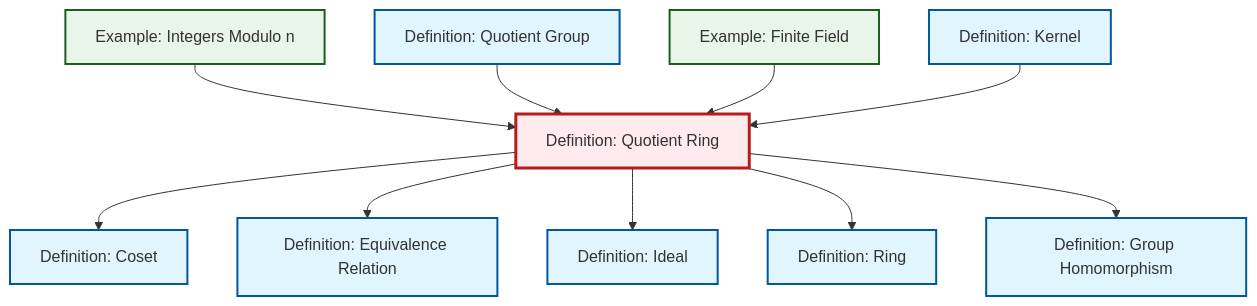
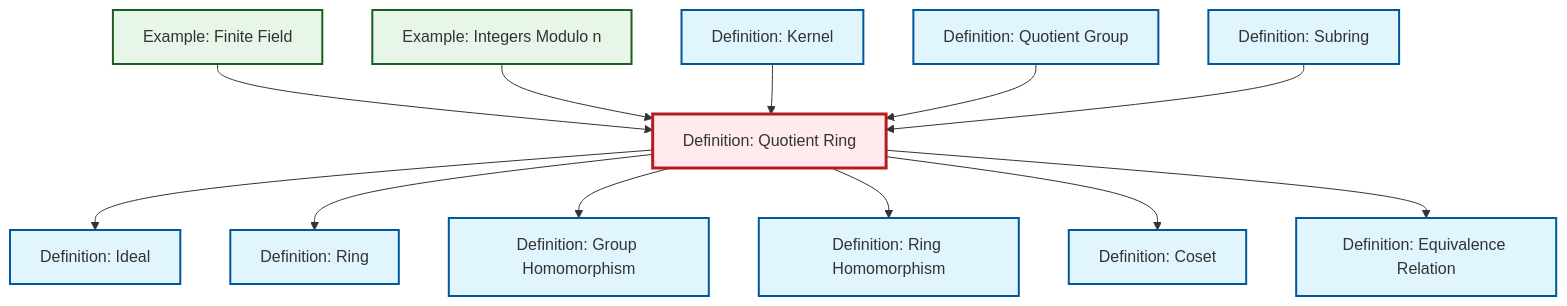
The diagram in content/en/algebra/def-quotient-ring.qmd (RK0429/ModernMath), drawn with Mermaid before and after one commit. The commit also changed other lines of this file and 619 other files, not shown here.

````diff
--- a/content/en/algebra/def-quotient-ring.qmd
+++ b/content/en/algebra/def-quotient-ring.qmd
@@ -94,38 +95,44 @@
 ```{mermaid}
 %%| fig-cap: "Local dependency graph"
 graph TD
     classDef definition fill:#e1f5fe,stroke:#01579b,stroke-width:2px
     classDef theorem fill:#f3e5f5,stroke:#4a148c,stroke-width:2px
     classDef axiom fill:#fff3e0,stroke:#e65100,stroke-width:2px
     classDef example fill:#e8f5e9,stroke:#1b5e20,stroke-width:2px
     classDef current fill:#ffebee,stroke:#b71c1c,stroke-width:3px
     ex-finite-field["Example: Finite Field"]:::example
+    def-ring-homomorphism["Definition: Ring Homomorphism"]:::definition
+    def-kernel["Definition: Kernel"]:::definition
+    def-ideal["Definition: Ideal"]:::definition
+    def-quotient-group["Definition: Quotient Group"]:::definition
+    def-equivalence-relation["Definition: Equivalence Relation"]:::definition
+    def-coset["Definition: Coset"]:::definition
+    def-subring["Definition: Subring"]:::definition
     ex-quotient-integers-mod-n["Example: Integers Modulo n"]:::example
-    def-ideal["Definition: Ideal"]:::definition
+    def-quotient-ring["Definition: Quotient Ring"]:::definition
     def-homomorphism["Definition: Group Homomorphism"]:::definition
-    def-equivalence-relation["Definition: Equivalence Relation"]:::definition
-    def-quotient-ring["Definition: Quotient Ring"]:::definition
-    def-coset["Definition: Coset"]:::definition
     def-ring["Definition: Ring"]:::definition
-    def-kernel["Definition: Kernel"]:::definition
-    def-quotient-group["Definition: Quotient Group"]:::definition
-    ex-quotient-integers-mod-n --> def-quotient-ring
-    def-quotient-ring --> def-coset
-    def-quotient-group --> def-quotient-ring
-    def-quotient-ring --> def-equivalence-relation
     def-quotient-ring --> def-ideal
     ex-finite-field --> def-quotient-ring
+    def-quotient-ring --> def-ring
+    ex-quotient-integers-mod-n --> def-quotient-ring
+    def-quotient-ring --> def-homomorphism
     def-kernel --> def-quotient-ring
-    def-quotient-ring --> def-ring
-    def-quotient-ring --> def-homomorphism
+    def-quotient-group --> def-quotient-ring
+    def-quotient-ring --> def-ring-homomorphism
+    def-subring --> def-quotient-ring
+    def-quotient-ring --> def-coset
+    def-quotient-ring --> def-equivalence-relation
     class def-quotient-ring current
     click ex-finite-field "ex-finite-field.html" "Go to Finite Field example"
-    click ex-quotient-integers-mod-n "ex-quotient-integers-mod-n.html" "Go to Integers Modulo n example"
+    click def-ring-homomorphism "def-ring-homomorphism.html" "Go to Ring Homomorphism definition"
+    click def-kernel "def-kernel.html" "Go to Kernel definition"
     click def-ideal "def-ideal.html" "Go to Ideal definition"
-    click def-homomorphism "def-homomorphism.html" "Go to Group Homomorphism definition"
+    click def-quotient-group "def-quotient-group.html" "Go to Quotient Group definition"
     click def-equivalence-relation "def-equivalence-relation.html" "Go to Equivalence Relation definition"
     click def-coset "def-coset.html" "Go to Coset definition"
+    click def-subring "def-subring.html" "Go to Subring definition"
+    click ex-quotient-integers-mod-n "ex-quotient-integers-mod-n.html" "Go to Integers Modulo n example"
+    click def-homomorphism "def-homomorphism.html" "Go to Group Homomorphism definition"
     click def-ring "def-ring.html" "Go to Ring definition"
-    click def-kernel "def-kernel.html" "Go to Kernel definition"
-    click def-quotient-group "def-quotient-group.html" "Go to Quotient Group definition"
 ```
````
